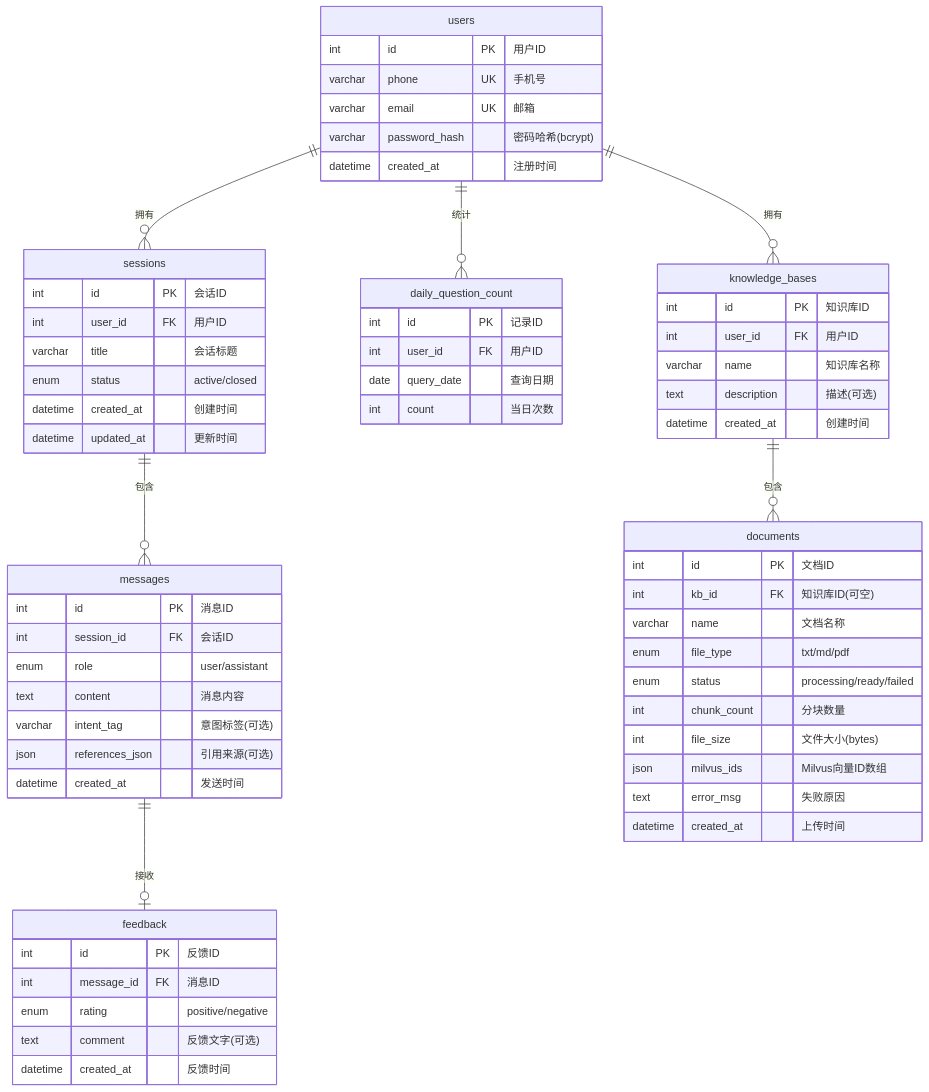
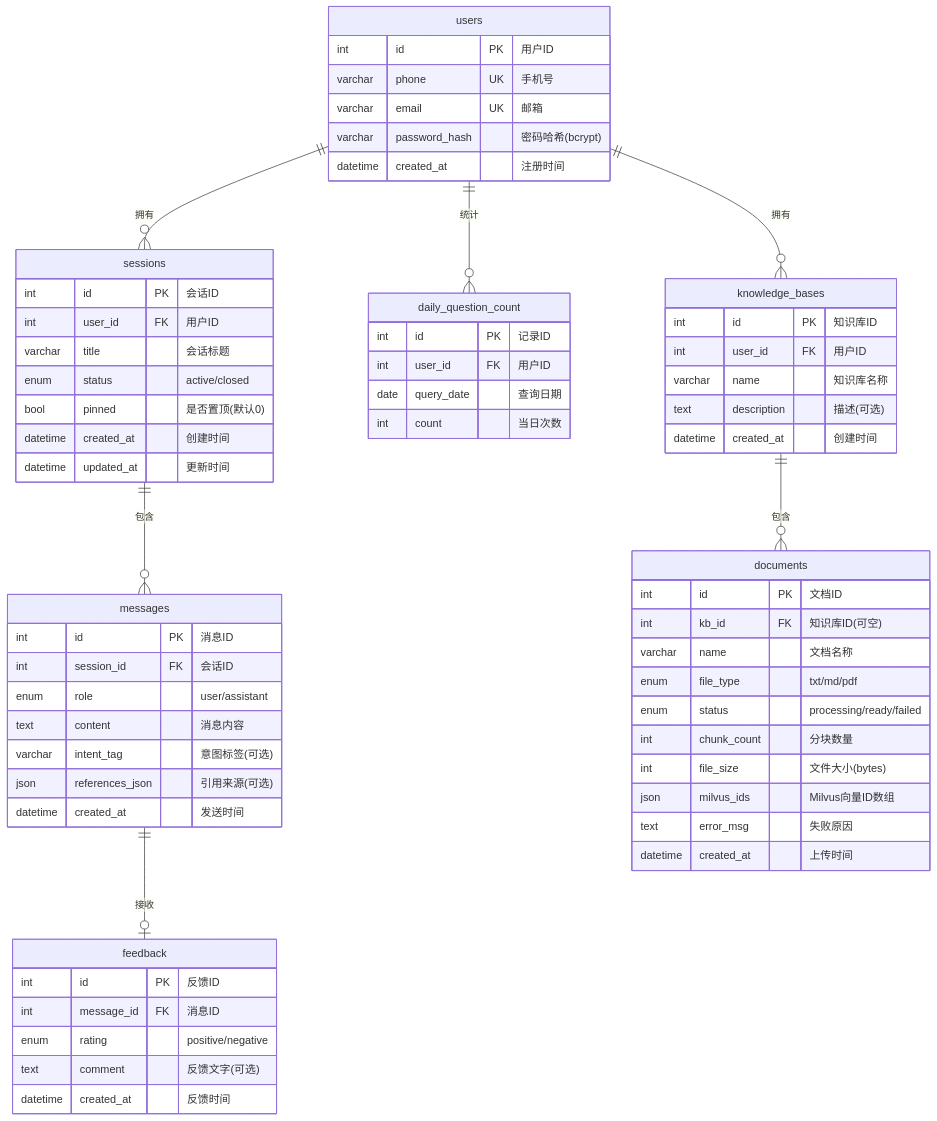
Before and after one commit to HeShen-1/ICS: the diagram in docs/数据库设计.md, drawn with Mermaid. The commit also changed 4 other files, not shown here.

````diff
--- a/docs/数据库设计.md
+++ b/docs/数据库设计.md
@@ -7,72 +7,73 @@
 ```mermaid
 erDiagram
     users ||--o{ sessions : "拥有"
     users ||--o{ daily_question_count : "统计"
     users ||--o{ knowledge_bases : "拥有"
     sessions ||--o{ messages : "包含"
     messages ||--o| feedback : "接收"
     knowledge_bases ||--o{ documents : "包含"
 
     users {
         int id PK "用户ID"
         varchar phone UK "手机号"
         varchar email UK "邮箱"
         varchar password_hash "密码哈希(bcrypt)"
         datetime created_at "注册时间"
     }
 
     sessions {
         int id PK "会话ID"
         int user_id FK "用户ID"
         varchar title "会话标题"
         enum status "active/closed"
+        bool pinned "是否置顶(默认0)"
         datetime created_at "创建时间"
         datetime updated_at "更新时间"
     }
 
     messages {
         int id PK "消息ID"
         int session_id FK "会话ID"
         enum role "user/assistant"
         text content "消息内容"
         varchar intent_tag "意图标签(可选)"
         json references_json "引用来源(可选)"
         datetime created_at "发送时间"
     }
 
     feedback {
         int id PK "反馈ID"
         int message_id FK "消息ID"
         enum rating "positive/negative"
         text comment "反馈文字(可选)"
         datetime created_at "反馈时间"
     }
 
     knowledge_bases {
         int id PK "知识库ID"
         int user_id FK "用户ID"
         varchar name "知识库名称"
         text description "描述(可选)"
         datetime created_at "创建时间"
     }
 
     documents {
         int id PK "文档ID"
         int kb_id FK "知识库ID(可空)"
         varchar name "文档名称"
         enum file_type "txt/md/pdf"
         enum status "processing/ready/failed"
         int chunk_count "分块数量"
         int file_size "文件大小(bytes)"
         json milvus_ids "Milvus向量ID数组"
         text error_msg "失败原因"
         datetime created_at "上传时间"
     }
 
     daily_question_count {
         int id PK "记录ID"
         int user_id FK "用户ID"
         date query_date "查询日期"
         int count "当日次数"
     }
 ```
````
